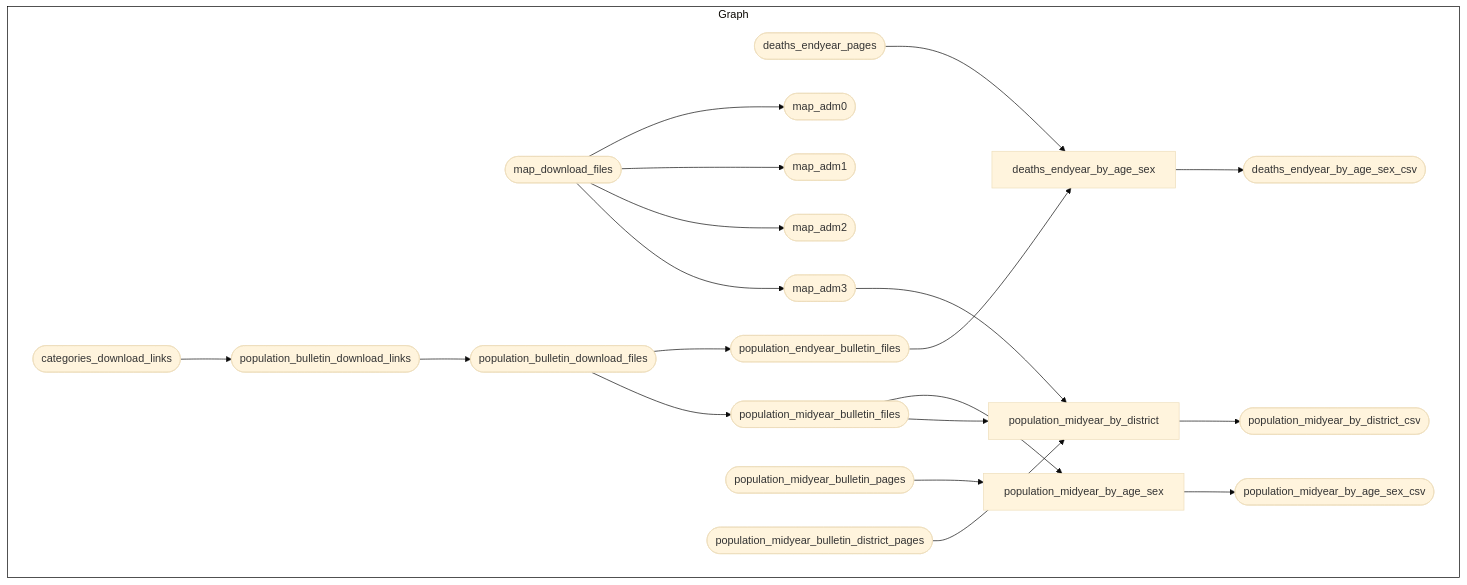
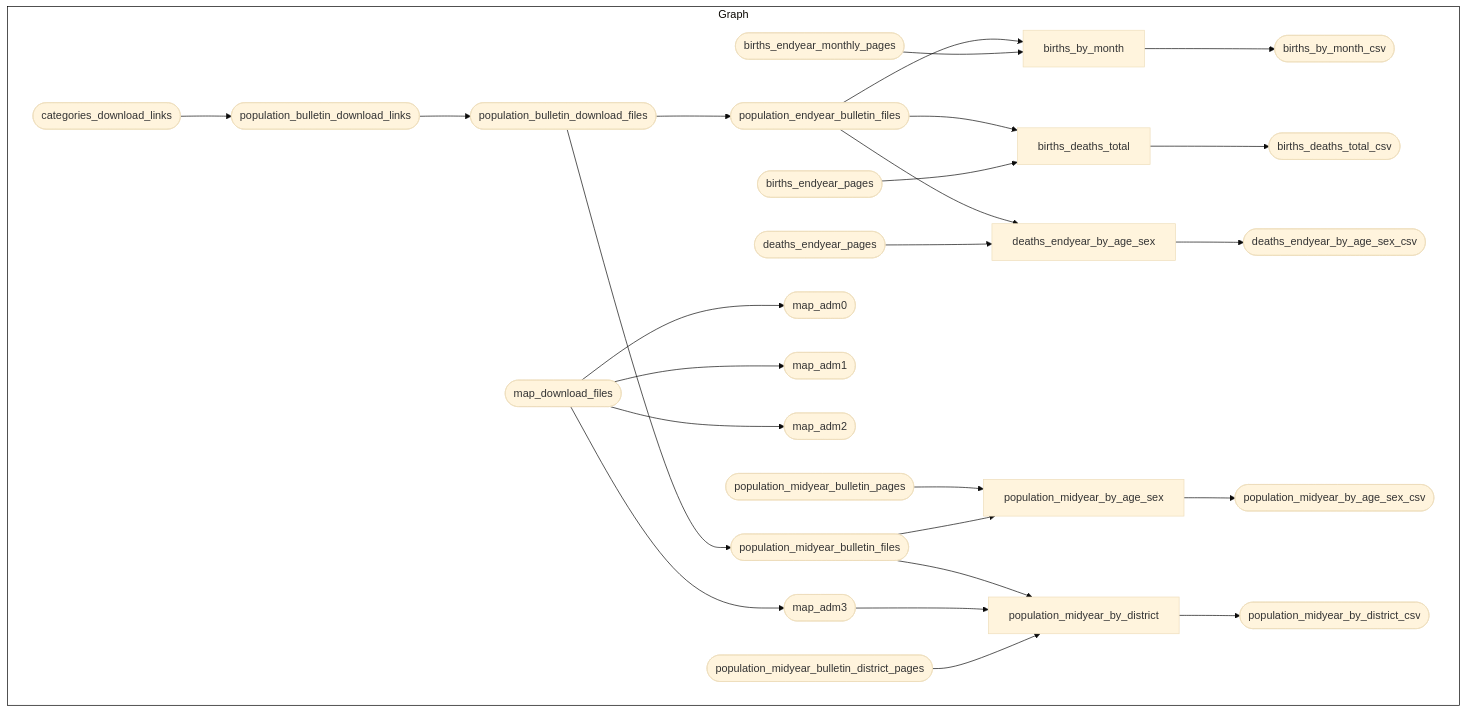
Before and after one commit to OxfordIHTM/seychelles-statistics: the diagram in README.md, drawn with Mermaid (base theme). The commit also changed other lines of this file and 3 other files, not shown here.

Commit message:
extract monthly births; fix #47

````diff
--- a/README.md
+++ b/README.md
@@ -203,26 +205,32 @@
 ``` mermaid
 graph LR
   style Graph fill:#FFFFFF00,stroke:#000000;
   subgraph Graph
     direction LR
+    x5c7646da106bc2f6(["births_endyear_monthly_pages"]):::skipped --> x2c584c9caafc1be8["births_by_month"]:::skipped
+    xeea0ec396e5de5da(["population_endyear_bulletin_files"]):::skipped --> x2c584c9caafc1be8["births_by_month"]:::skipped
+    x2c584c9caafc1be8["births_by_month"]:::skipped --> xa87bb9563f27e00c(["births_by_month_csv"]):::completed
+    xe648a7801cd2da2c(["births_endyear_pages"]):::skipped --> xe650464a12ae8fe5["births_deaths_total"]:::skipped
+    xeea0ec396e5de5da(["population_endyear_bulletin_files"]):::skipped --> xe650464a12ae8fe5["births_deaths_total"]:::skipped
+    xe650464a12ae8fe5["births_deaths_total"]:::skipped --> x1a0f4fbd7d208a5e(["births_deaths_total_csv"]):::skipped
     x344a2780ffaeb7bd(["deaths_endyear_pages"]):::skipped --> x1b2a9a62e2672111["deaths_endyear_by_age_sex"]:::skipped
     xeea0ec396e5de5da(["population_endyear_bulletin_files"]):::skipped --> x1b2a9a62e2672111["deaths_endyear_by_age_sex"]:::skipped
-    x1b2a9a62e2672111["deaths_endyear_by_age_sex"]:::skipped --> x17c4726281726995(["deaths_endyear_by_age_sex_csv"]):::completed
+    x1b2a9a62e2672111["deaths_endyear_by_age_sex"]:::skipped --> x17c4726281726995(["deaths_endyear_by_age_sex_csv"]):::skipped
     x8e509dc7997a12f8(["map_download_files"]):::skipped --> x4851b2941f7c62fc(["map_adm0"]):::skipped
     x8e509dc7997a12f8(["map_download_files"]):::skipped --> xccb26dd891c9a035(["map_adm1"]):::skipped
     x8e509dc7997a12f8(["map_download_files"]):::skipped --> x30d02f8bff8e7f8d(["map_adm2"]):::skipped
     x8e509dc7997a12f8(["map_download_files"]):::skipped --> x7b26bed1fc581742(["map_adm3"]):::skipped
     x90a781ac8daf46c6(["population_bulletin_download_links"]):::skipped --> x303dcb35f327bc97(["population_bulletin_download_files"]):::skipped
     xa7b0e3bf1c25b597(["categories_download_links"]):::skipped --> x90a781ac8daf46c6(["population_bulletin_download_links"]):::skipped
     x303dcb35f327bc97(["population_bulletin_download_files"]):::skipped --> xeea0ec396e5de5da(["population_endyear_bulletin_files"]):::skipped
     x303dcb35f327bc97(["population_bulletin_download_files"]):::skipped --> x52e965cb7c1cd1fc(["population_midyear_bulletin_files"]):::skipped
     x52e965cb7c1cd1fc(["population_midyear_bulletin_files"]):::skipped --> x426614807f974316["population_midyear_by_age_sex"]:::skipped
     xefa1a60843915f9f(["population_midyear_bulletin_pages"]):::skipped --> x426614807f974316["population_midyear_by_age_sex"]:::skipped
-    x426614807f974316["population_midyear_by_age_sex"]:::skipped --> xf3039e66b37a1219(["population_midyear_by_age_sex_csv"]):::completed
+    x426614807f974316["population_midyear_by_age_sex"]:::skipped --> xf3039e66b37a1219(["population_midyear_by_age_sex_csv"]):::skipped
     x9f6b6d2ed74a37b4(["population_midyear_bulletin_district_pages"]):::skipped --> xd0c8e8b884ab8581["population_midyear_by_district"]:::skipped
+    x7b26bed1fc581742(["map_adm3"]):::skipped --> xd0c8e8b884ab8581["population_midyear_by_district"]:::skipped
     x52e965cb7c1cd1fc(["population_midyear_bulletin_files"]):::skipped --> xd0c8e8b884ab8581["population_midyear_by_district"]:::skipped
-    x7b26bed1fc581742(["map_adm3"]):::skipped --> xd0c8e8b884ab8581["population_midyear_by_district"]:::skipped
-    xd0c8e8b884ab8581["population_midyear_by_district"]:::skipped --> xf94a6bce4cea6c14(["population_midyear_by_district_csv"]):::completed
+    xd0c8e8b884ab8581["population_midyear_by_district"]:::skipped --> xf94a6bce4cea6c14(["population_midyear_by_district_csv"]):::skipped
     
   end
 ```
````
